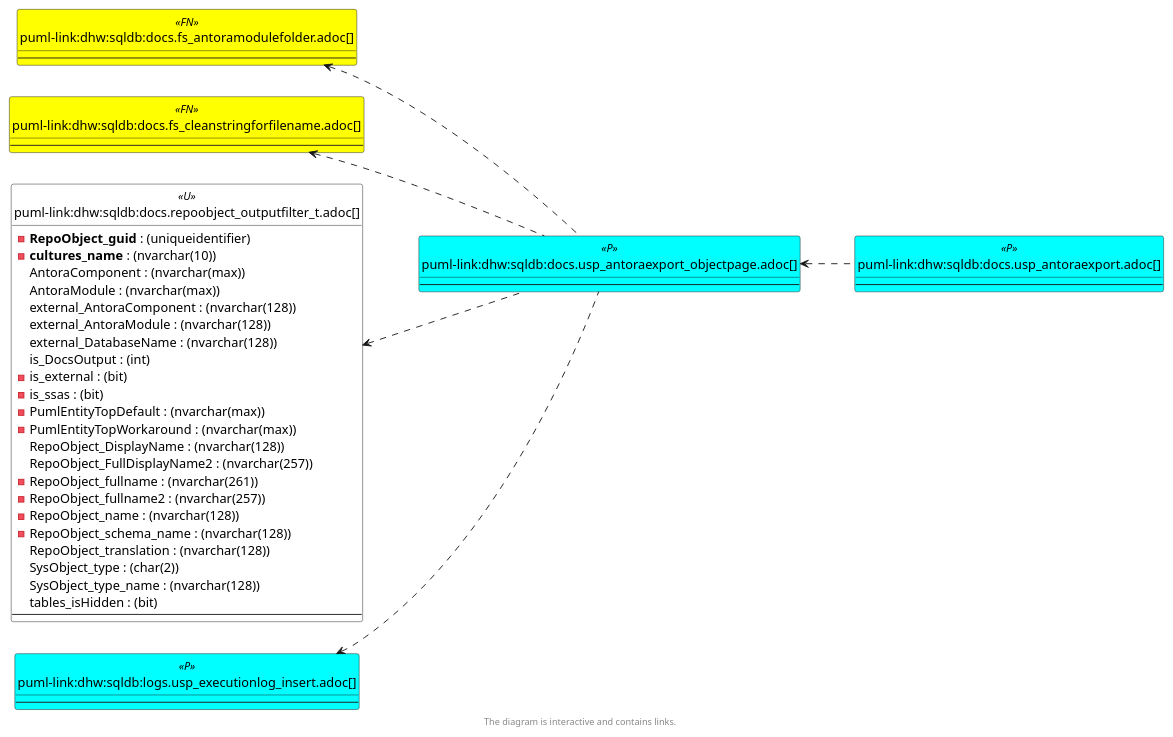
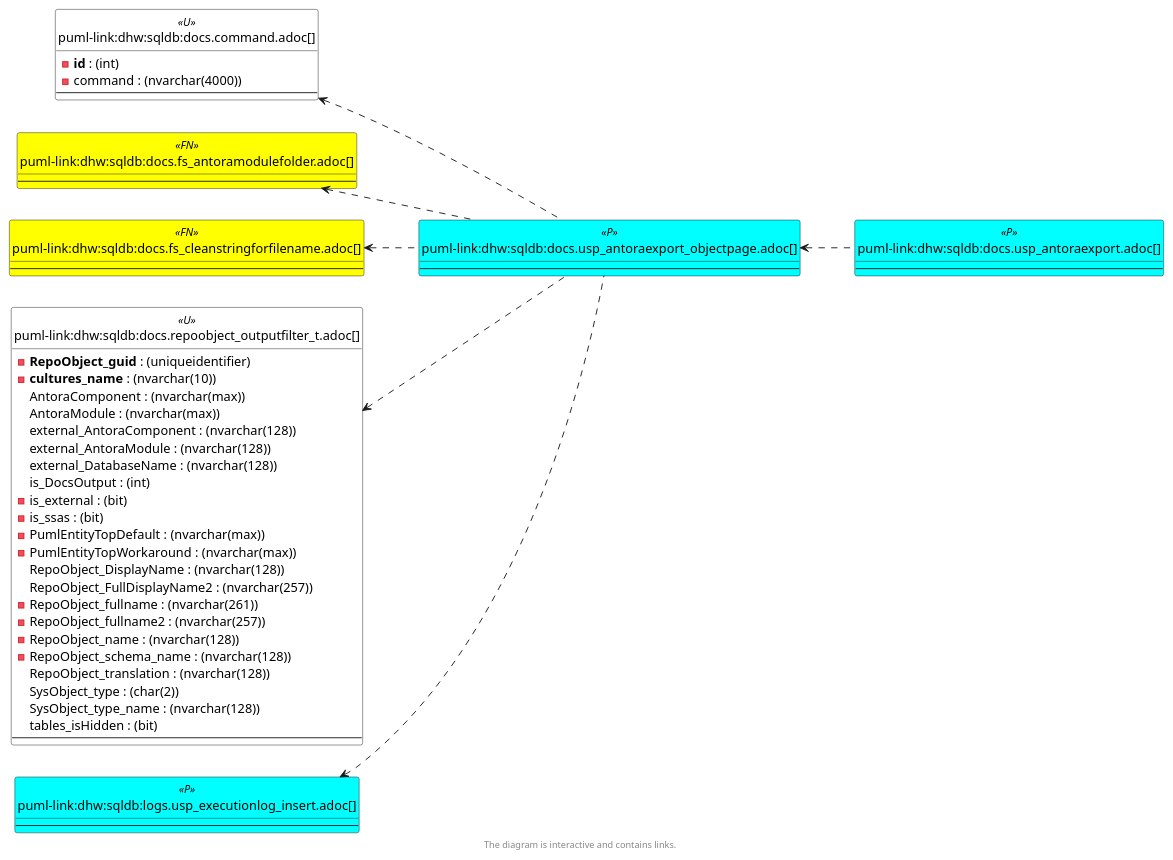
The sixth of 6 diagrams in docs/modules/sqldb/partials/content/docs.usp_antoraexport_objectpage.adoc (DataHandwerk/dhw-antora-sqldb), drawn with PlantUML before and after one commit. The commit also changed other lines of this file and 701 other files, not shown here.

```diff
--- a/docs/modules/sqldb/partials/content/docs.usp_antoraexport_objectpage.adoc
+++ b/docs/modules/sqldb/partials/content/docs.usp_antoraexport_objectpage.adoc
@@ -1588,6 +1606,12 @@
   BackgroundColor<<external>> AliceBlue
 }
 
+
+entity "puml-link:dhw:sqldb:docs.command.adoc[]" as docs.command << U >> {
+  - **id** : (int)
+  - command : (nvarchar(4000))
+  --
+}
 
 entity "puml-link:dhw:sqldb:docs.fs_antoramodulefolder.adoc[]" as docs.fs_AntoraModuleFolder << FN >> {
   --
@@ -1635,6 +1659,7 @@
   --
 }
 
+docs.command <.. docs.usp_AntoraExport_ObjectPage
 docs.fs_AntoraModuleFolder <.. docs.usp_AntoraExport_ObjectPage
 docs.fs_cleanStringForFilename <.. docs.usp_AntoraExport_ObjectPage
 docs.RepoObject_OutputFilter_T <.. docs.usp_AntoraExport_ObjectPage
```
